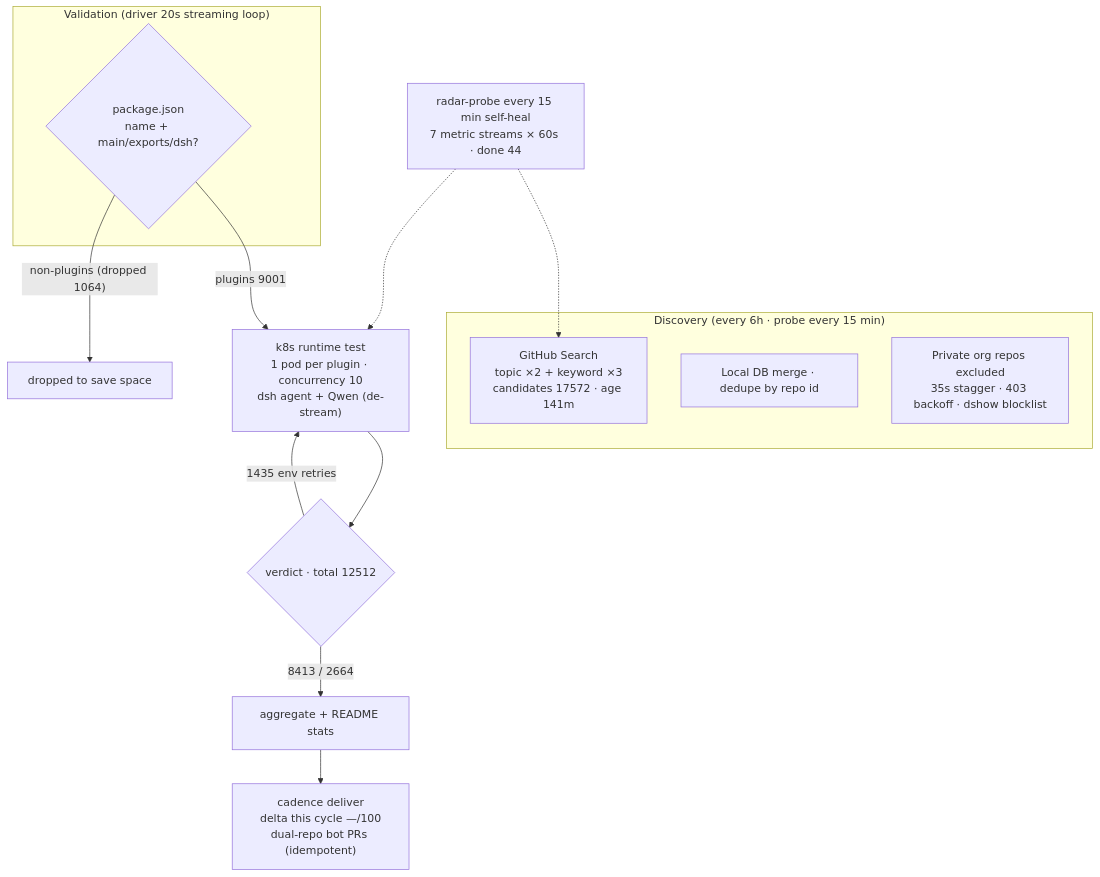
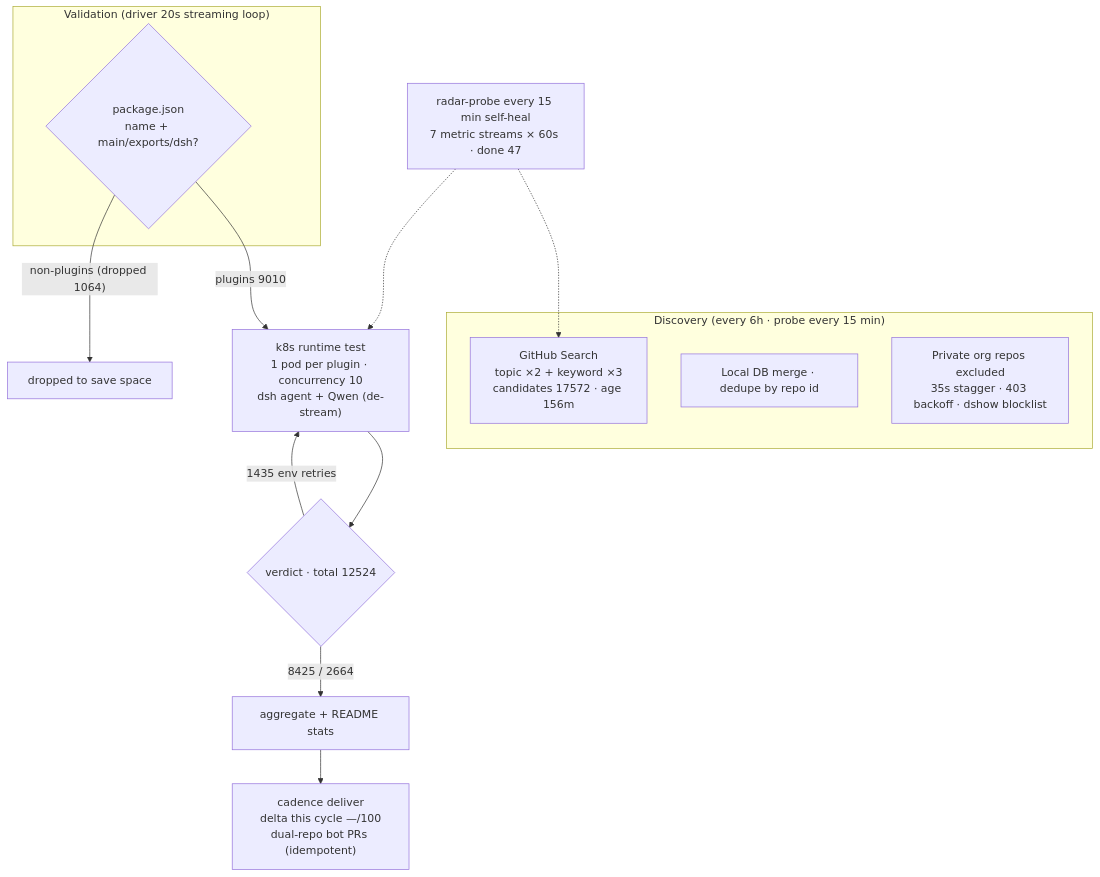
The diagram in README.en-US.md (AdamPlatin123/awesome-dsh-plugins), drawn with Mermaid before and after one commit. The commit also changed other lines of this file and 5 other files, not shown here.

````diff
--- a/README.en-US.md
+++ b/README.en-US.md
@@ -45,20 +45,20 @@
 ```mermaid
 flowchart TB
     subgraph Discovery["Discovery (every 6h · probe every 15 min)"]
-        A1["GitHub Search<br/>topic ×2 + keyword ×3<br/>candidates 17572 · age 141m"]
+        A1["GitHub Search<br/>topic ×2 + keyword ×3<br/>candidates 17572 · age 156m"]
         A2["Local DB merge · dedupe by repo id"]
         A3["Private org repos excluded<br/>35s stagger · 403 backoff · dshow blocklist"]
     end
     subgraph Validation["Validation (driver 20s streaming loop)"]
         B1{"package.json<br/>name + main/exports/dsh?"}
     end
-    B1 -->|"plugins 9001"| C1["k8s runtime test<br/>1 pod per plugin · concurrency 10<br/>dsh agent + Qwen (de-stream)"]
+    B1 -->|"plugins 9010"| C1["k8s runtime test<br/>1 pod per plugin · concurrency 10<br/>dsh agent + Qwen (de-stream)"]
     B1 -->|"non-plugins (dropped 1064)"| B3["dropped to save space"]
-    C1 --> D1{"verdict · total 12512"}
-    D1 -->|"8413 / 2664"| E1["aggregate + README stats"]
+    C1 --> D1{"verdict · total 12524"}
+    D1 -->|"8425 / 2664"| E1["aggregate + README stats"]
     D1 -->|"1435 env retries"| C1
     E1 --> E2["cadence deliver<br/>delta this cycle —/100<br/>dual-repo bot PRs (idempotent)"]
-    M["radar-probe every 15 min self-heal<br/>7 metric streams × 60s · done 44"]
+    M["radar-probe every 15 min self-heal<br/>7 metric streams × 60s · done 47"]
     M -.-> A1
     M -.-> C1
 ```
````
